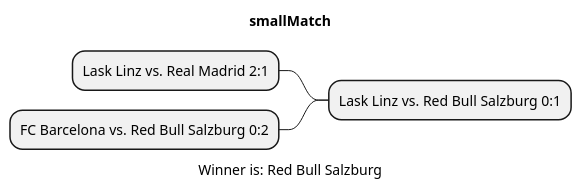
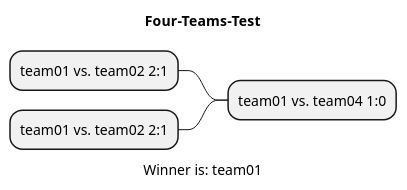
Before and after one commit to htl-leonding-project/2022-4ahif-autohaus: the diagram in asciidocs/plantuml/Result.puml, drawn with PlantUML. The commit also changed 4 other files, not shown here.

```diff
--- a/asciidocs/plantuml/Result.puml
+++ b/asciidocs/plantuml/Result.puml
@@ -1,10 +1,10 @@
-@startmindmap smallMatch.png
-title smallMatch
+@startmindmap Four-Teams-Test.png
+title Four-Teams-Test
 
-- Lask Linz vs. Red Bull Salzburg 0:1
+- team01 vs. team04 1:0
 
--- Lask Linz vs. Real Madrid 2:1
+-- team01 vs. team02 2:1
 
--- FC Barcelona vs. Red Bull Salzburg 0:2
-caption Winner is: Red Bull Salzburg
+-- team01 vs. team02 2:1
+caption Winner is: team01
 @endmindmap
```
